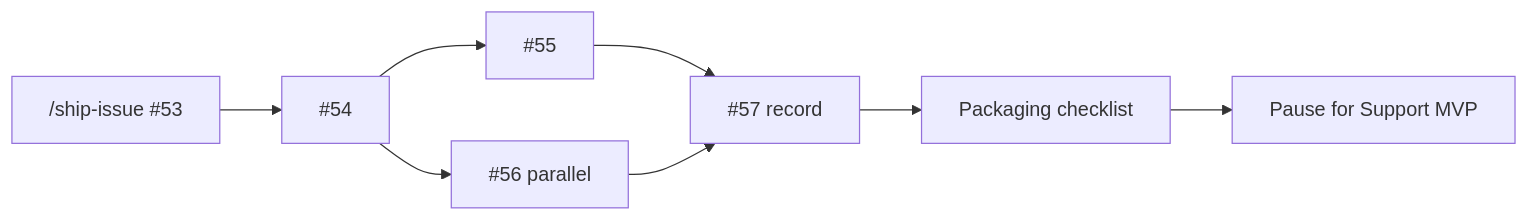
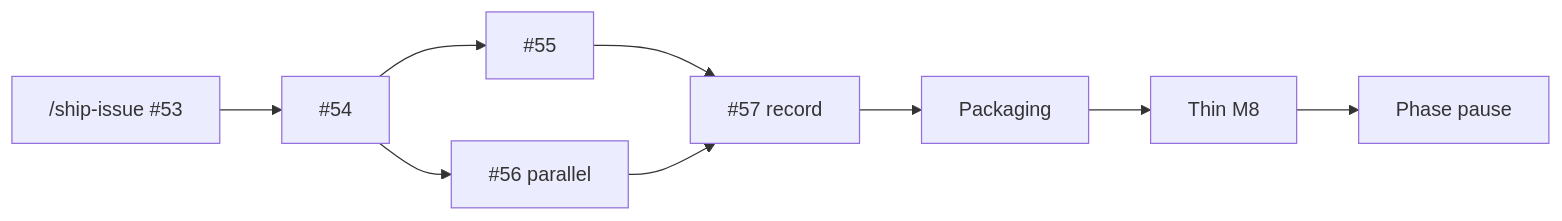
The diagram in docs/operators/PROJECT-DIRECTION.md (RoxanaTapia/ai-doc-to-chat-pipeline), drawn with Mermaid before and after one commit. The commit also changed other lines of this file and 6 other files, not shown here.

````diff
--- a/docs/operators/PROJECT-DIRECTION.md
+++ b/docs/operators/PROJECT-DIRECTION.md
@@ -120,10 +132,11 @@
 ```mermaid
 flowchart LR
   A["/ship-issue #53"] --> B["#54"]
   B --> C["#55"]
   B --> D["#56 parallel"]
   C --> E["#57 record"]
   D --> E
-  E --> F[Packaging checklist]
-  F --> G[Pause for Support MVP]
+  E --> F[Packaging]
+  F --> G[Thin M8]
+  G --> H[Phase pause]
 ```
````
